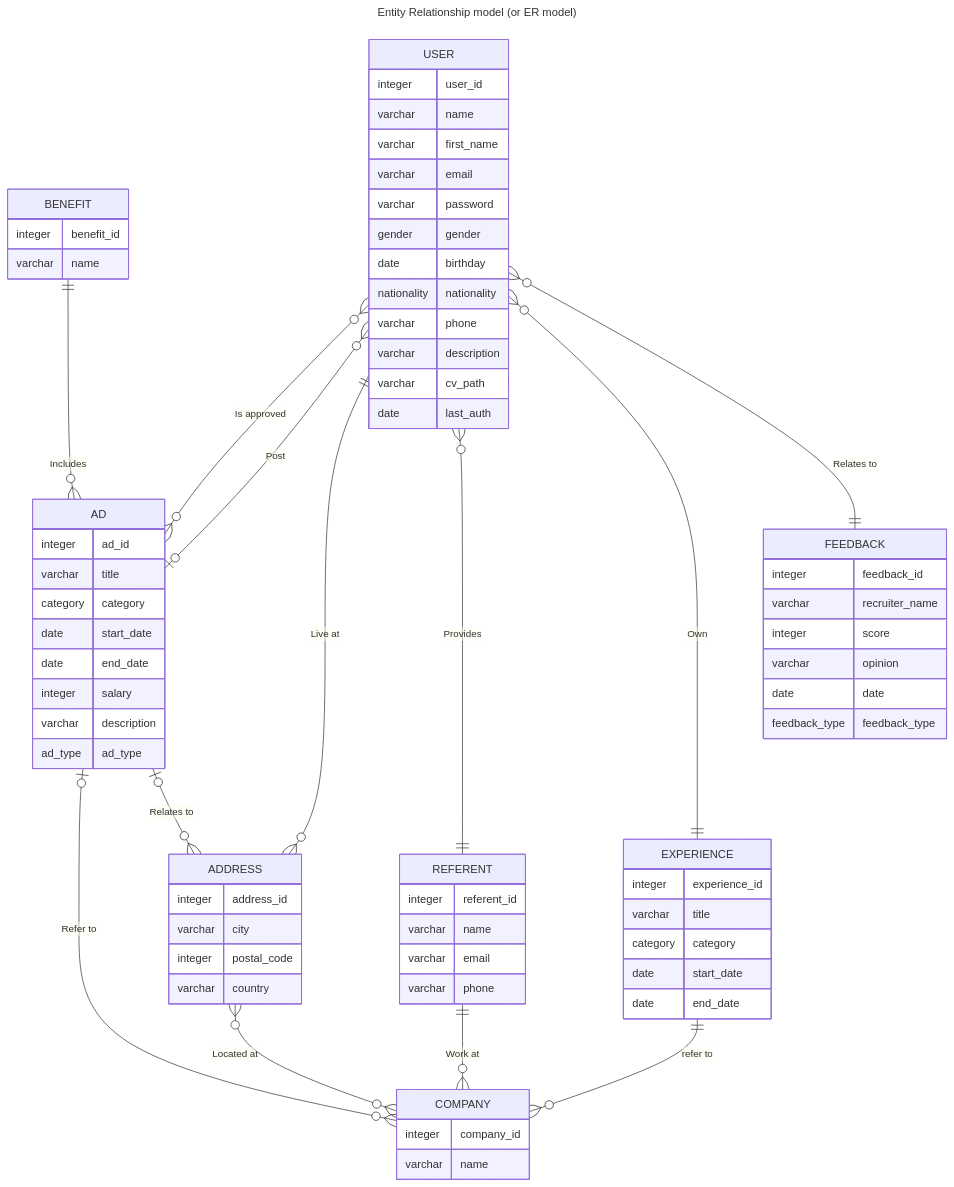
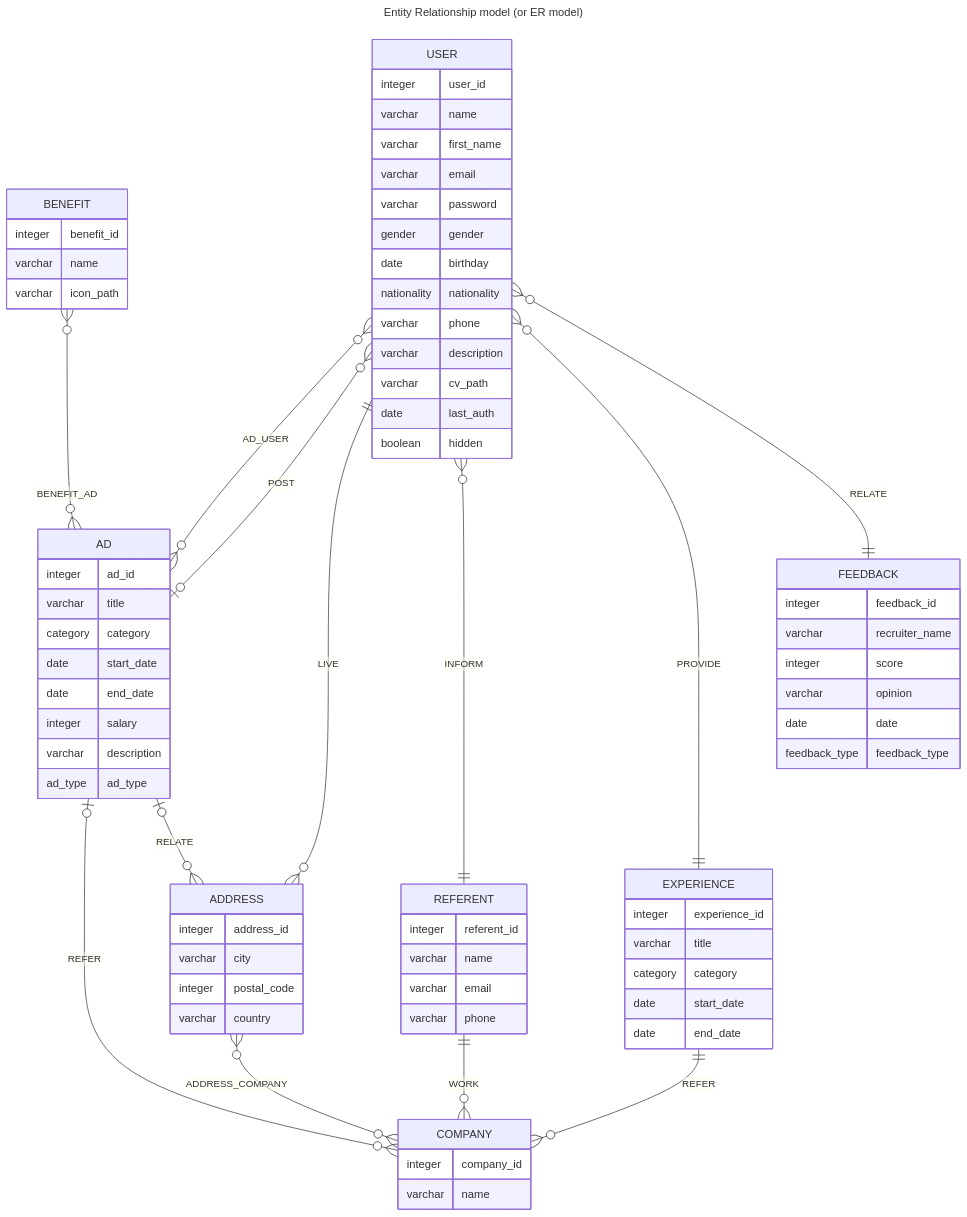
Before and after one commit to sylvain-pierrot/seasonal-workers: the diagram in Documentation/RDBMS.md, drawn with Mermaid.

Commit message:
chore(doc): update names associations CDM

````diff
--- a/Documentation/RDBMS.md
+++ b/Documentation/RDBMS.md
@@ -28,77 +28,79 @@
 ```mermaid
 ---
 title: Entity Relationship model (or ER model)
 ---
 erDiagram
     BENEFIT {
         integer benefit_id
         varchar name
+        varchar icon_path
     }
     AD {
         integer ad_id
         varchar title
         category category
         date start_date
         date end_date
         integer salary
         varchar description
         ad_type ad_type
     }
     COMPANY {
         integer company_id
         varchar name
     }
     EXPERIENCE {
         integer experience_id
         varchar title
         category category
         date start_date
         date end_date
     }
     USER {
         integer user_id
         varchar name
         varchar first_name
         varchar email
         varchar password
         gender gender
         date birthday
         nationality nationality
         varchar phone
         varchar description
         varchar cv_path
         date last_auth
+        boolean hidden
     }
     ADDRESS {
         integer address_id
         varchar city
         integer postal_code
         varchar country
     }
     REFERENT {
         integer referent_id
         varchar name
         varchar email
         varchar phone
     }
     FEEDBACK {
         integer feedback_id
         varchar recruiter_name
         integer score
         varchar opinion
         date date
         feedback_type feedback_type
     }
-    BENEFIT ||--o{ AD : "Includes"
-    AD o|--o{ COMPANY : "Refer to"
-    AD o|--o{ ADDRESS : "Relates to"
-    USER o{--}o AD : "Is approved"
-    EXPERIENCE ||--o{ COMPANY : "refer to"
-    USER o{--o| AD : "Post"
-    USER ||--o{ ADDRESS : "Live at"
-    USER o{--|| REFERENT : "Provides"
-    USER o{--|| EXPERIENCE : "Own"
-    USER o{--|| FEEDBACK : "Relates to"
-    ADDRESS o{--o{ COMPANY : "Located at"
-    REFERENT ||--o{ COMPANY : "Work at"
+    BENEFIT o{--}o AD : "BENEFIT_AD"
+    AD o|--}o COMPANY : "REFER"
+    AD o|--}o ADDRESS : "RELATE"
+    USER o{--}o AD : "AD_USER"
+    EXPERIENCE ||--}o COMPANY : "REFER"
+    USER o{--o| AD : "POST"
+    USER ||--}o ADDRESS : "LIVE"
+    USER o{--|| REFERENT : "INFORM"
+    USER o{--|| EXPERIENCE : "PROVIDE"
+    USER o{--|| FEEDBACK : "RELATE"
+    ADDRESS o{--}o COMPANY : "ADDRESS_COMPANY"
+    REFERENT ||--}o COMPANY : "WORK"
 ```
````
